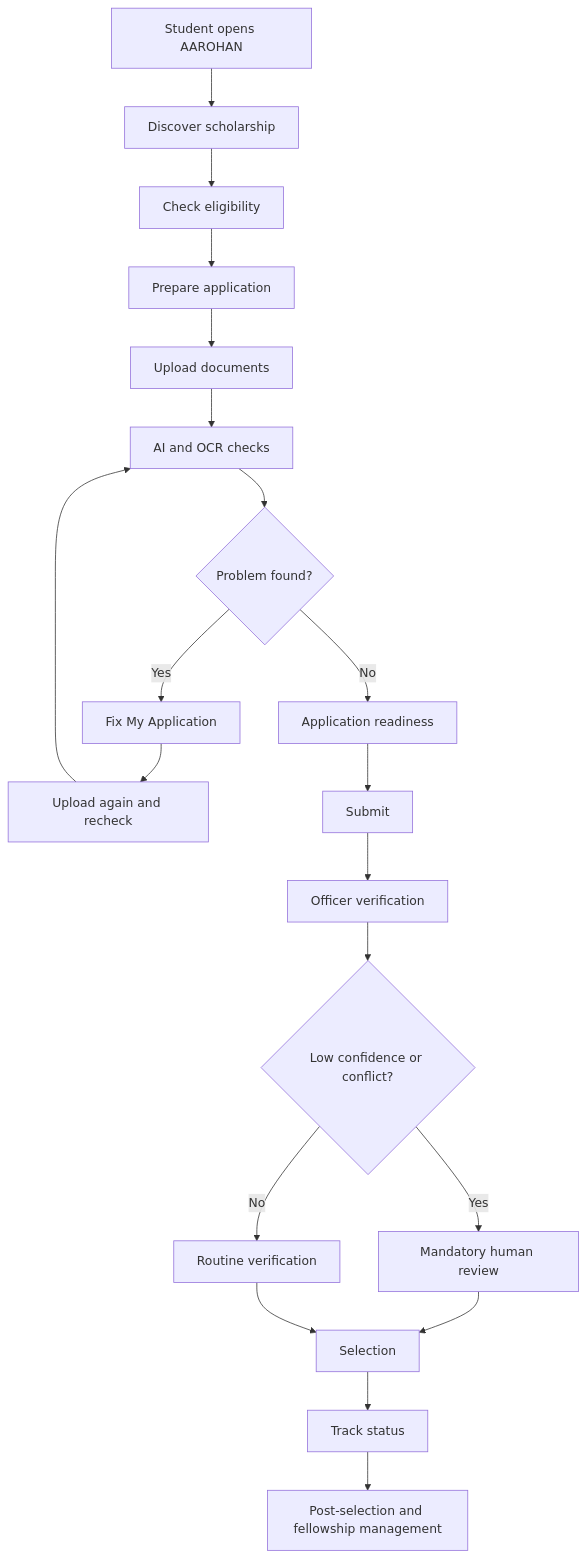
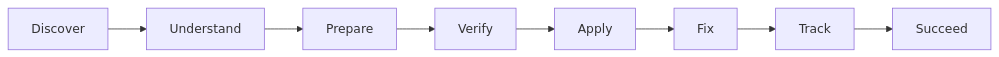
One commit to CodeBy-Divya/AAROHAN--AI-Powered-Scholarship-Fellowship-Platform- changed the first of 3 diagrams in README.md. Above: the diagram before and after it, drawn with Mermaid. The commit also changed other lines of this file, not shown here.

````diff
--- a/README.md
+++ b/README.md
@@ -139,22 +46,4 @@
 ```mermaid
-flowchart TD
-    A[Student opens AAROHAN] --> B[Discover scholarship]
-    B --> C[Check eligibility]
-    C --> D[Prepare application]
-    D --> E[Upload documents]
-    E --> F[AI and OCR checks]
-    F --> G{Problem found?}
-    G -- Yes --> H[Fix My Application]
-    H --> I[Upload again and recheck]
-    I --> F
-    G -- No --> J[Application readiness]
-    J --> K[Submit]
-    K --> L[Officer verification]
-    L --> M{Low confidence or conflict?}
-    M -- Yes --> N[Mandatory human review]
-    M -- No --> O[Routine verification]
-    N --> P[Selection]
-    O --> P
-    P --> Q[Track status]
-    Q --> R[Post-selection and fellowship management]
+flowchart LR
+    A[Discover] --> B[Understand] --> C[Prepare] --> D[Verify] --> E[Apply] --> F[Fix] --> G[Track] --> H[Succeed]
 ```
````
